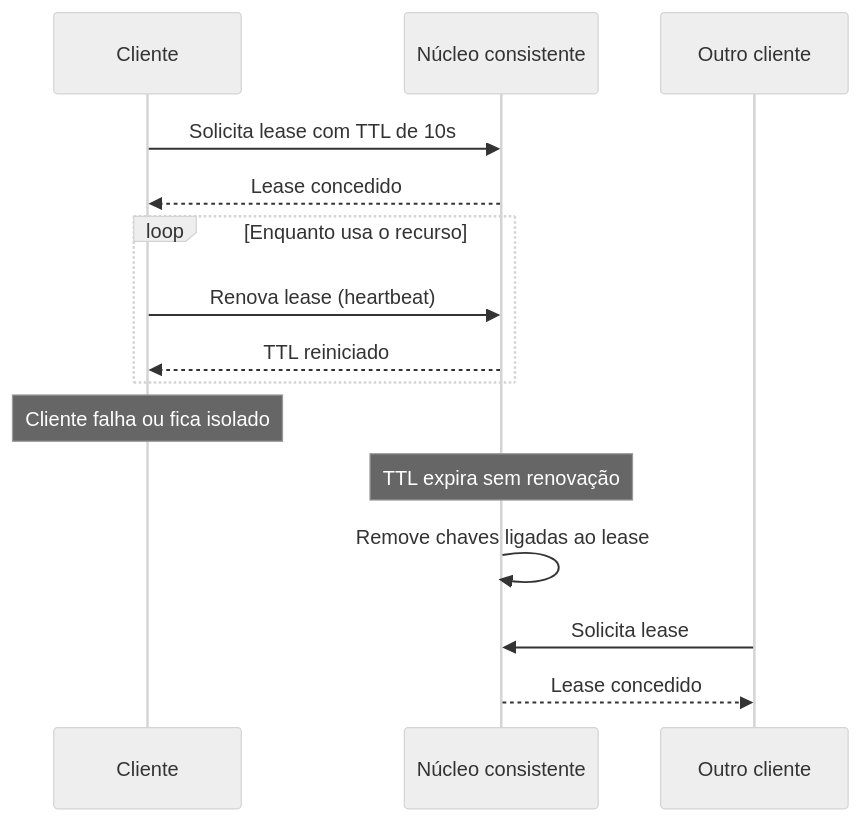
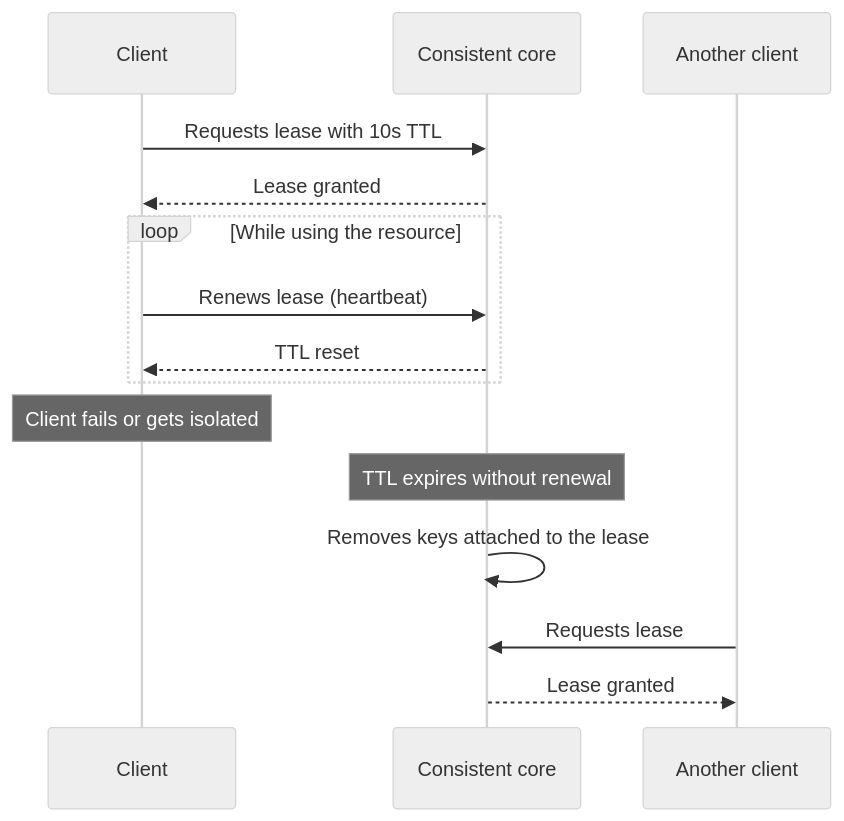
Before and after one commit to alancesar/design-patterns: the diagram in docs/architecture/distributed-systems/cluster-management/lease.md, drawn with Mermaid (neutral theme). The commit also changed 258 other files, not shown here.

First line of the commit message:
Translate Mermaid diagrams to English

````diff
--- a/docs/architecture/distributed-systems/cluster-management/lease.md
+++ b/docs/architecture/distributed-systems/cluster-management/lease.md
@@ -56,17 +56,17 @@
 ```mermaid
 sequenceDiagram
-    participant C as Cliente
-    participant N as Núcleo consistente
-    participant O as Outro cliente
-    C->>N: Solicita lease com TTL de 10s
-    N-->>C: Lease concedido
-    loop Enquanto usa o recurso
-        C->>N: Renova lease (heartbeat)
-        N-->>C: TTL reiniciado
+    participant C as Client
+    participant N as Consistent core
+    participant O as Another client
+    C->>N: Requests lease with 10s TTL
+    N-->>C: Lease granted
+    loop While using the resource
+        C->>N: Renews lease (heartbeat)
+        N-->>C: TTL reset
     end
-    Note over C: Cliente falha ou fica isolado
-    Note over N: TTL expira sem renovação
-    N->>N: Remove chaves ligadas ao lease
-    O->>N: Solicita lease
-    N-->>O: Lease concedido
+    Note over C: Client fails or gets isolated
+    Note over N: TTL expires without renewal
+    N->>N: Removes keys attached to the lease
+    O->>N: Requests lease
+    N-->>O: Lease granted
 ```
````
